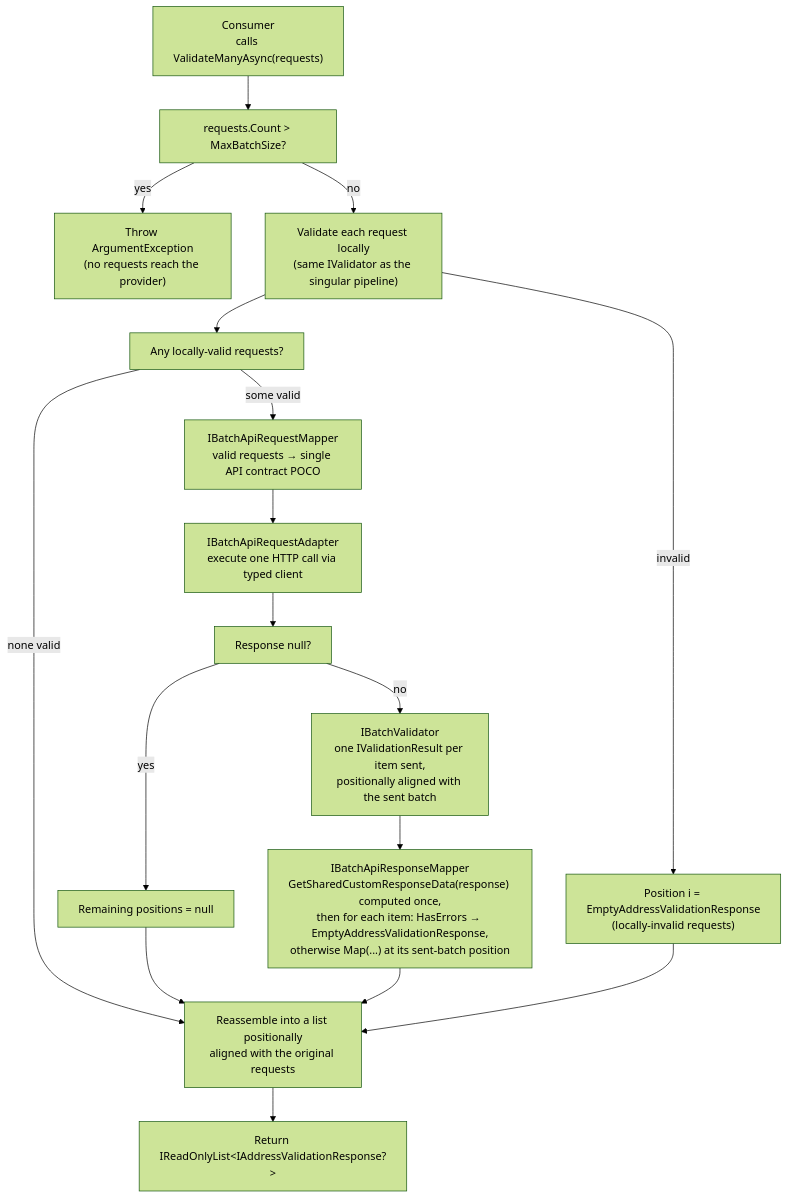
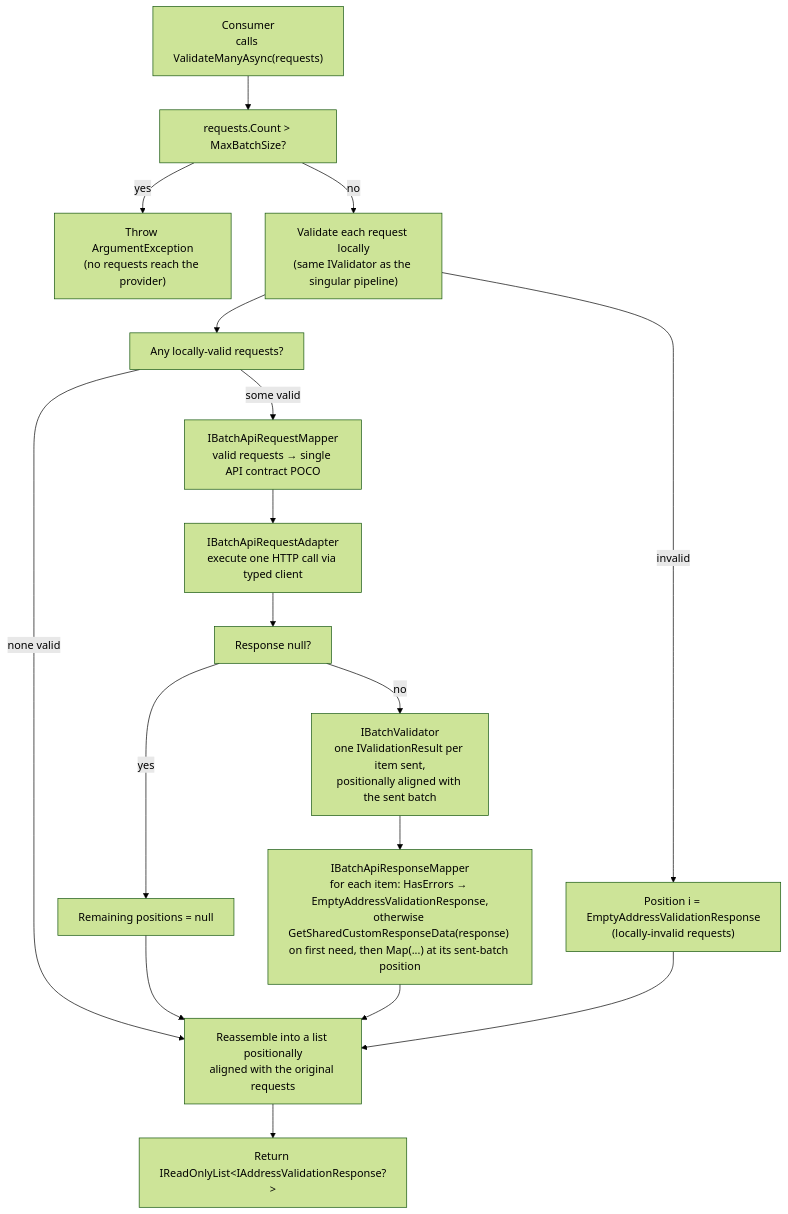
One commit to visus-io/AddressValidation changed the second of 2 diagrams in ARCHITECTURE.md. Above: the diagram before and after it, drawn with Mermaid (forest theme). The commit also changed other lines of this file and 2 other files, not shown here.

Commit message:
chore: address copilot feedback

````diff
--- a/ARCHITECTURE.md
+++ b/ARCHITECTURE.md
@@ -162,33 +162,33 @@
 ```mermaid
 flowchart TD
     Consumer["Consumer\ncalls ValidateManyAsync(requests)"]
     SizeCheck["requests.Count > MaxBatchSize?"]
     Throw["Throw ArgumentException\n(no requests reach the provider)"]
     Partition["Validate each request locally\n(same IValidator<TRequest> as the singular pipeline)"]
     Empty1["Position i = EmptyAddressValidationResponse\n(locally-invalid requests)"]
     AnyValid["Any locally-valid requests?"]
     MapReq["IBatchApiRequestMapper\nvalid requests → single API contract POCO"]
     Adapter["IBatchApiRequestAdapter\nexecute one HTTP call via typed client"]
     NullResp["Response null?"]
     NullSlots["Remaining positions = null"]
     ValResp["IBatchValidator\none IValidationResult per item sent,\npositionally aligned with the sent batch"]
-    MapResp["IBatchApiResponseMapper\nGetSharedCustomResponseData(response) computed once,\nthen for each item: HasErrors → EmptyAddressValidationResponse,\notherwise Map(...) at its sent-batch position"]
+    MapResp["IBatchApiResponseMapper\nfor each item: HasErrors → EmptyAddressValidationResponse,\notherwise GetSharedCustomResponseData(response) on first need, then Map(...) at its sent-batch position"]
     Reassemble["Reassemble into a list positionally\naligned with the original requests"]
     Consumer2["Return IReadOnlyList&lt;IAddressValidationResponse?&gt;"]
 
     Consumer --> SizeCheck
     SizeCheck -- "yes" --> Throw
     SizeCheck -- "no" --> Partition
     Partition -- "invalid" --> Empty1
     Partition --> AnyValid
     AnyValid -- "none valid" --> Reassemble
     AnyValid -- "some valid" --> MapReq
     MapReq --> Adapter
     Adapter --> NullResp
     NullResp -- "yes" --> NullSlots --> Reassemble
     NullResp -- "no" --> ValResp
     ValResp --> MapResp
     MapResp --> Reassemble
     Empty1 --> Reassemble
     Reassemble --> Consumer2
 ```
````
